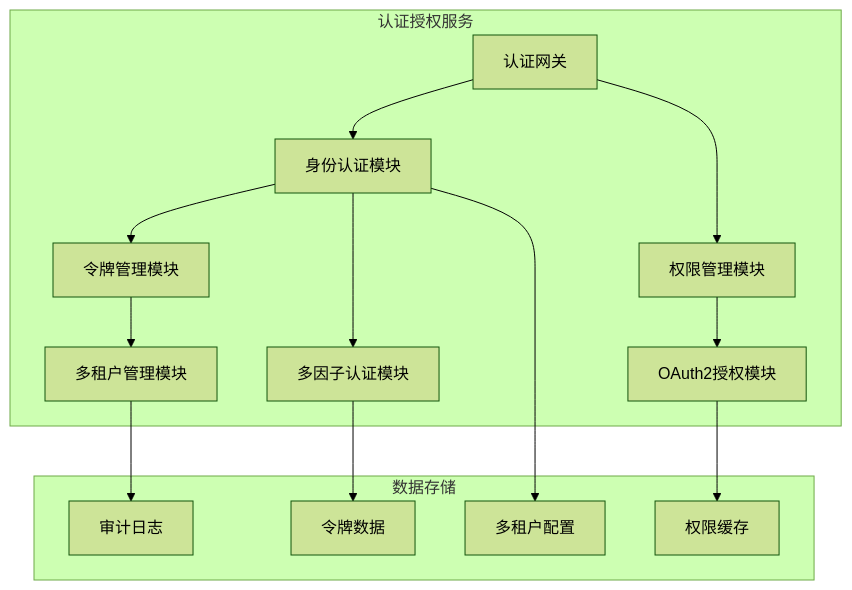
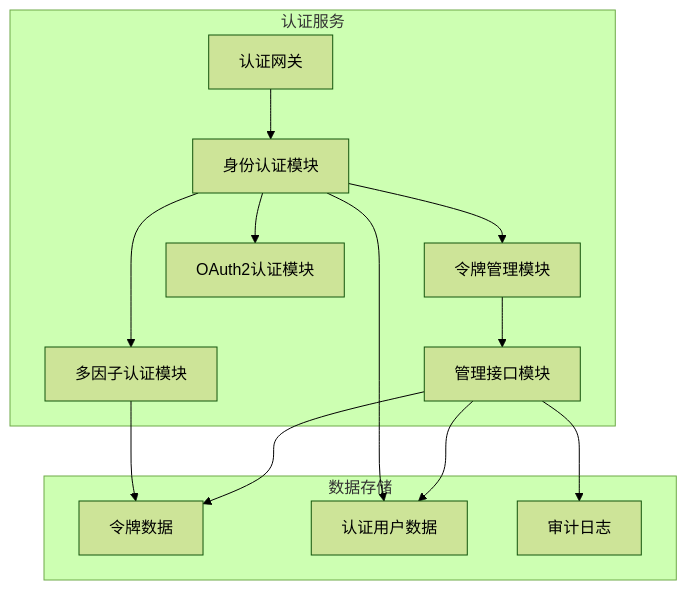
Before and after one commit to ai-archi/aiPaaS: the first of 5 diagrams in docs/architecture/aixone-tech-auth-architecture.md, drawn with Mermaid (forest theme). The commit also changed other lines of this file and 147 other files, not shown here.

````diff
--- a/docs/architecture/aixone-tech-auth-architecture.md
+++ b/docs/architecture/aixone-tech-auth-architecture.md
@@ -77,30 +80,28 @@
 ```mermaid
 graph TB
-    subgraph "认证授权服务"
+    subgraph "认证服务"
         A[认证网关]
         B[身份认证模块]
-        C[权限管理模块]
         D[令牌管理模块]
         E[多因子认证模块]
-        F[OAuth2授权模块]
-        G[多租户管理模块]
+        F[OAuth2认证模块]
+        M[管理接口模块]
     end
     
     subgraph "数据存储"
         H[令牌数据]
-        I[权限缓存]
+        I[认证用户数据]
         J[审计日志]
-        K[多租户配置]
     end
     
     A --> B
-    A --> C
     B --> D
     B --> E
-    C --> F
-    D --> G
+    B --> F
+    D --> M
     E --> H
-    F --> I
-    G --> J
-    B --> K
+    B --> I
+    M --> J
+    M --> H
+    M --> I
 ```
````
